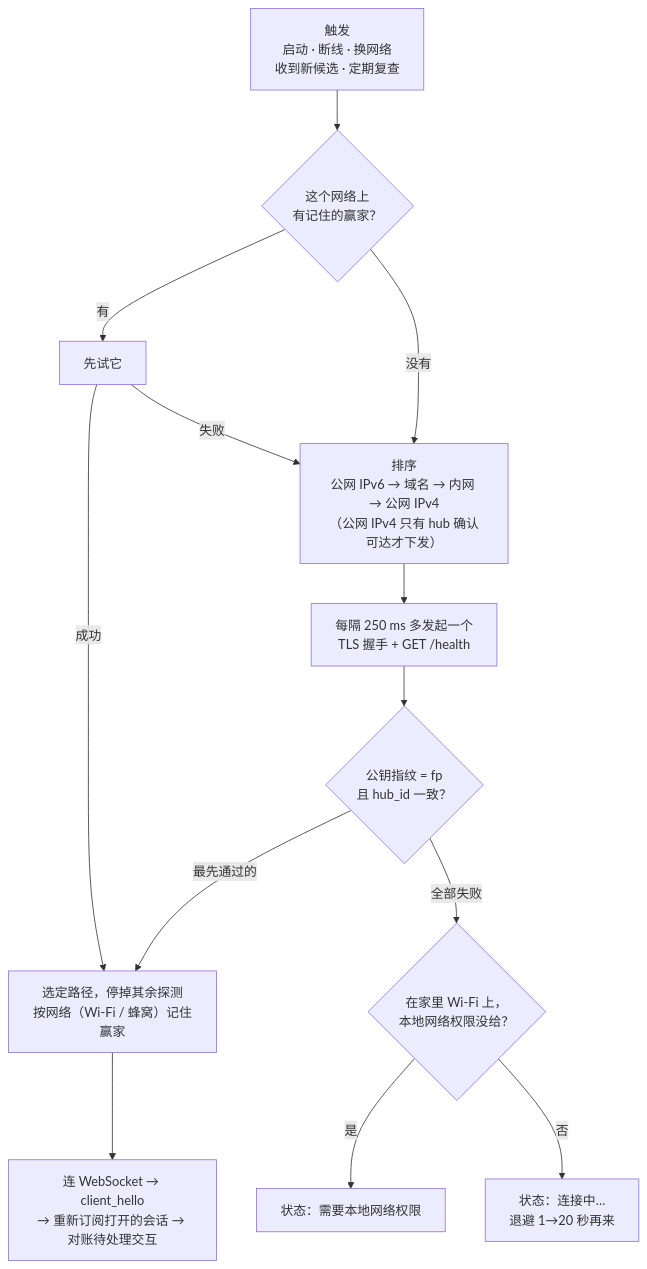
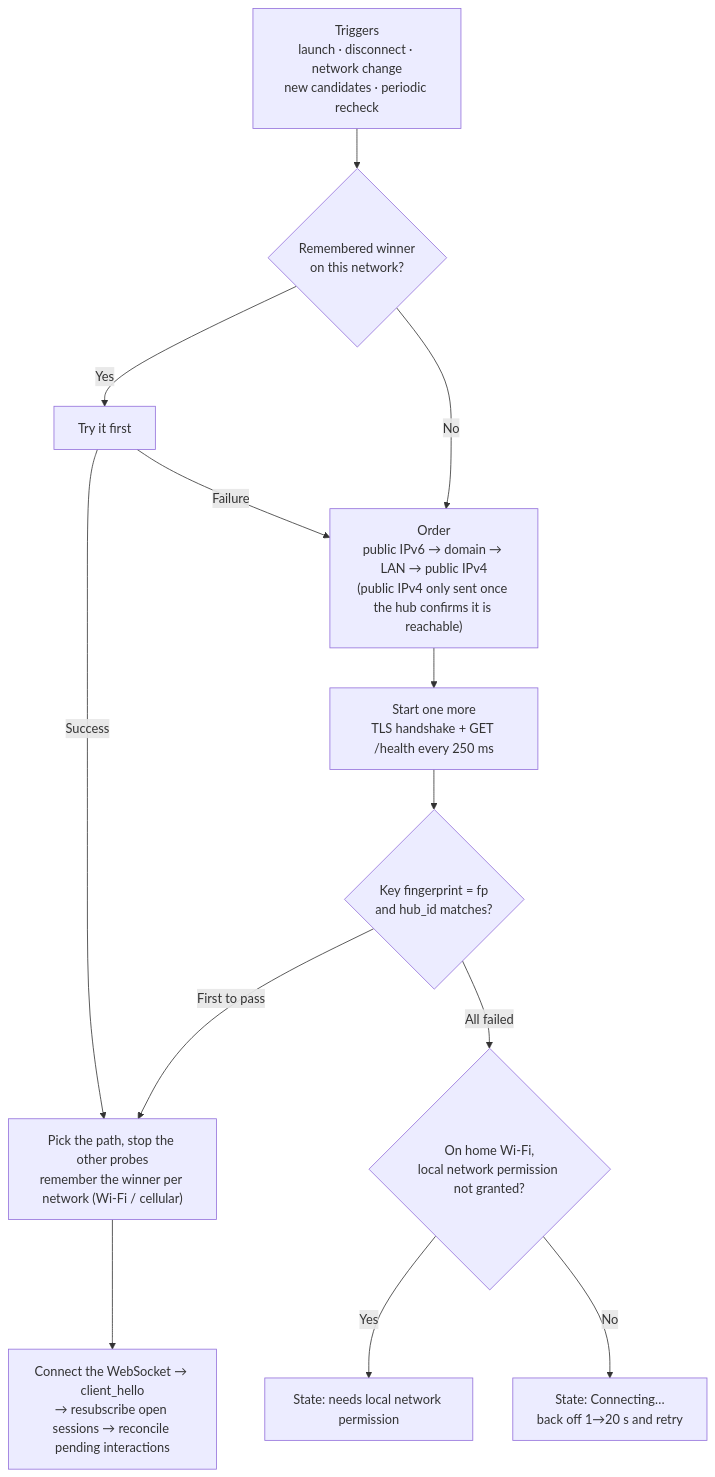
One commit to 413180794/persona changed the fourth of 15 diagrams in docs/redesign/flows.md. Above: the diagram before and after it, drawn with Mermaid. The commit also changed other lines of this file and 6 other files, not shown here.

````diff
--- a/docs/redesign/flows.md
+++ b/docs/redesign/flows.md
@@ -105,15 +105,15 @@
 ```mermaid
 flowchart TD
-  T["触发<br/>启动 · 断线 · 换网络<br/>收到新候选 · 定期复查"] --> K{"这个网络上<br/>有记住的赢家？"}
-  K -- "有" --> F["先试它"]
-  F -- "成功" --> D
-  F -- "失败" --> O
-  K -- "没有" --> O["排序<br/>公网 IPv6 → 域名 → 内网 → 公网 IPv4<br/>（公网 IPv4 只有 hub 确认可达才下发）"]
-  O --> S["每隔 250 ms 多发起一个<br/>TLS 握手 + GET /health"]
-  S --> J{"公钥指纹 = fp<br/>且 hub_id 一致？"}
-  J -- "最先通过的" --> D["选定路径，停掉其余探测<br/>按网络（Wi-Fi / 蜂窝）记住赢家"]
-  J -- "全部失败" --> L{"在家里 Wi-Fi 上，<br/>本地网络权限没给？"}
-  L -- "是" --> PERM["状态：需要本地网络权限"]
-  L -- "否" --> B["状态：连接中…<br/>退避 1→20 秒再来"]
-  D --> WS["连 WebSocket → client_hello<br/>→ 重新订阅打开的会话 → 对账待处理交互"]
+  T["Triggers<br/>launch · disconnect · network change<br/>new candidates · periodic recheck"] --> K{"Remembered winner<br/>on this network?"}
+  K -- "Yes" --> F["Try it first"]
+  F -- "Success" --> D
+  F -- "Failure" --> O
+  K -- "No" --> O["Order<br/>public IPv6 → domain → LAN → public IPv4<br/>(public IPv4 only sent once the hub confirms it is reachable)"]
+  O --> S["Start one more<br/>TLS handshake + GET /health every 250 ms"]
+  S --> J{"Key fingerprint = fp<br/>and hub_id matches?"}
+  J -- "First to pass" --> D["Pick the path, stop the other probes<br/>remember the winner per network (Wi-Fi / cellular)"]
+  J -- "All failed" --> L{"On home Wi-Fi,<br/>local network permission not granted?"}
+  L -- "Yes" --> PERM["State: needs local network permission"]
+  L -- "No" --> B["State: Connecting…<br/>back off 1→20 s and retry"]
+  D --> WS["Connect the WebSocket → client_hello<br/>→ resubscribe open sessions → reconcile pending interactions"]
 ```
````
